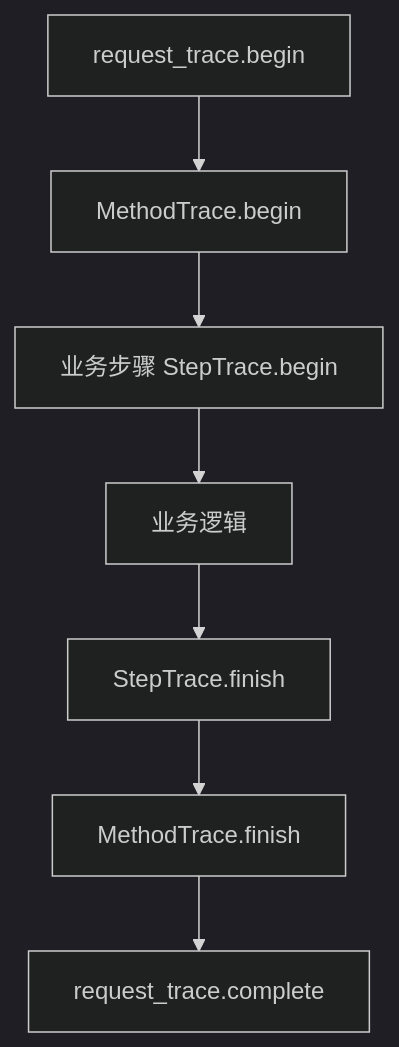
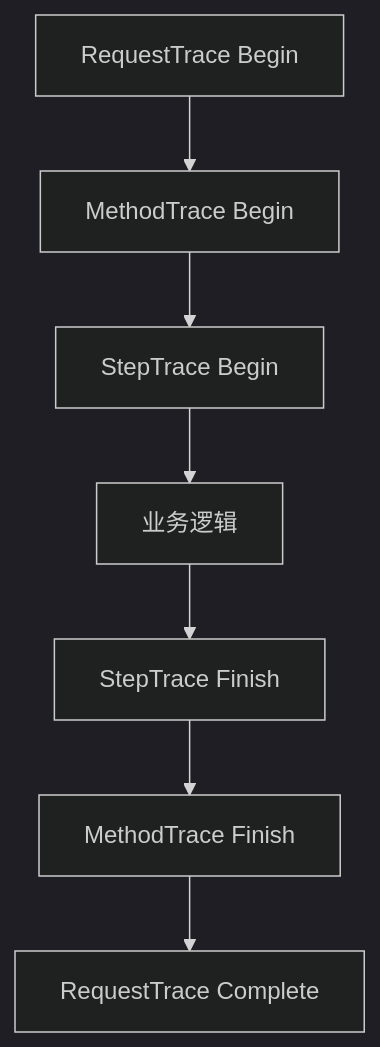
The third of 4 diagrams in docs/architecture/logging-usage-guide.md (topaihub/zig-framework), drawn with Mermaid (dark theme) before and after one commit. The commit also changed other lines of this file and 1 other file, not shown here.

First line of the commit message:
修正日志文档中的 Mermaid 图

````diff
--- a/docs/architecture/logging-usage-guide.md
+++ b/docs/architecture/logging-usage-guide.md
@@ -393,9 +393,9 @@
 ```mermaid
 flowchart TD
-    A[request_trace.begin] --> B[MethodTrace.begin]
-    B --> C[业务步骤 StepTrace.begin]
+    A[RequestTrace Begin] --> B[MethodTrace Begin]
+    B --> C[StepTrace Begin]
     C --> D[业务逻辑]
-    D --> E[StepTrace.finish]
-    E --> F[MethodTrace.finish]
-    F --> G[request_trace.complete]
+    D --> E[StepTrace Finish]
+    E --> F[MethodTrace Finish]
+    F --> G[RequestTrace Complete]
 ```
````
